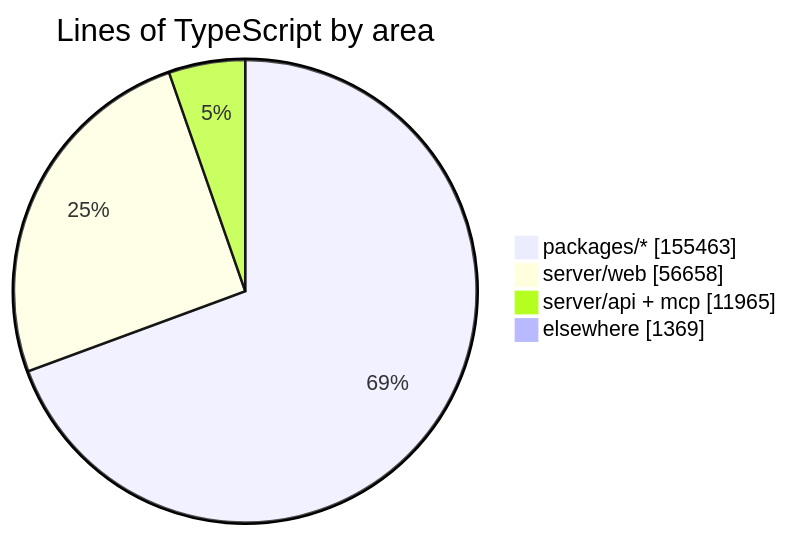
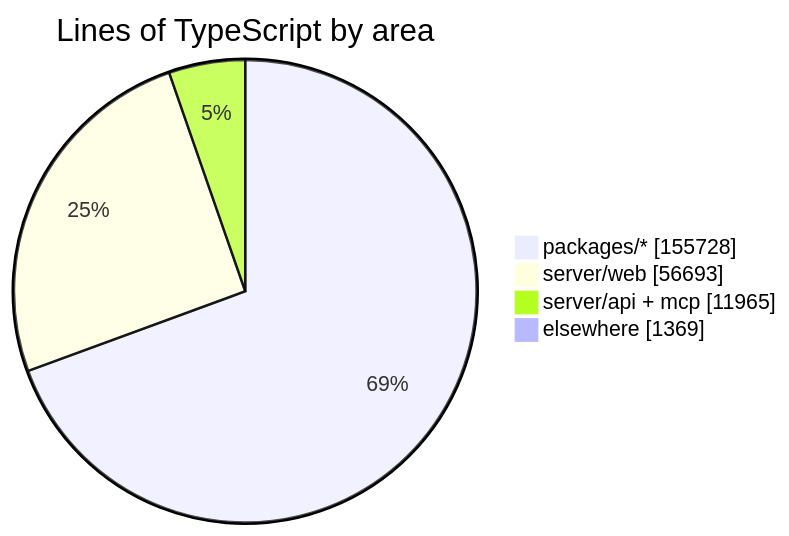
Before and after one commit to crossworks-engineering/mantle: the diagram in README.md, drawn with Mermaid. The commit also changed other lines of this file and 2 other files, not shown here.

````diff
--- a/README.md
+++ b/README.md
@@ -279,7 +279,7 @@
 ```mermaid
 pie showData title Lines of TypeScript by area
-    "packages/*" : 155463
-    "server/web" : 56658
+    "packages/*" : 155728
+    "server/web" : 56693
     "server/api + mcp" : 11965
     "elsewhere" : 1369
 ```
````
